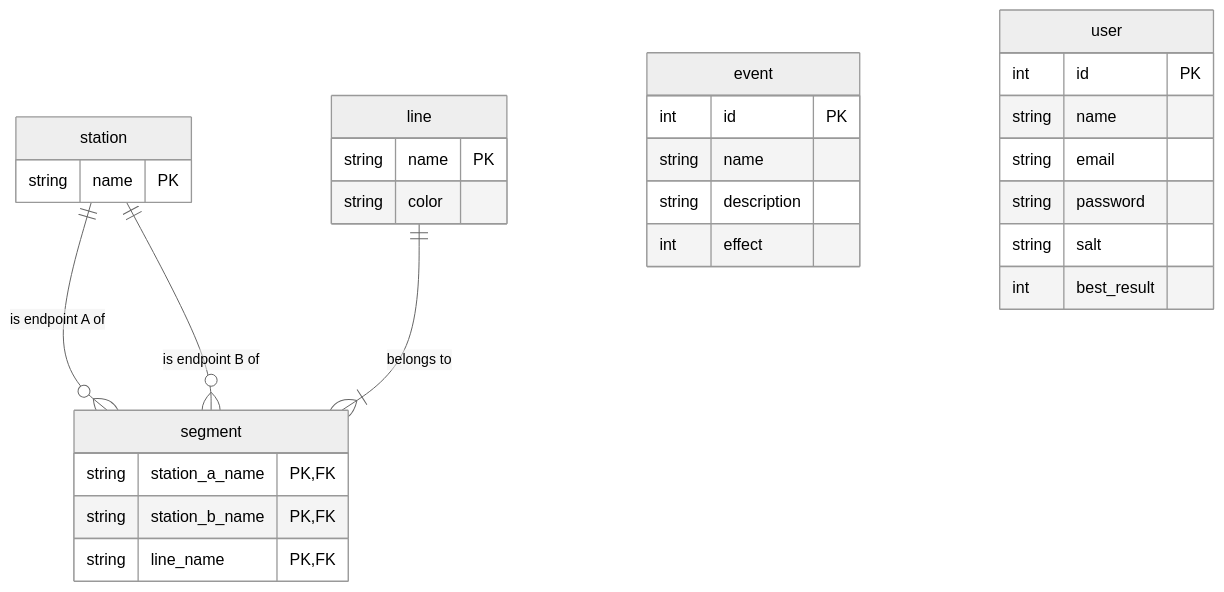
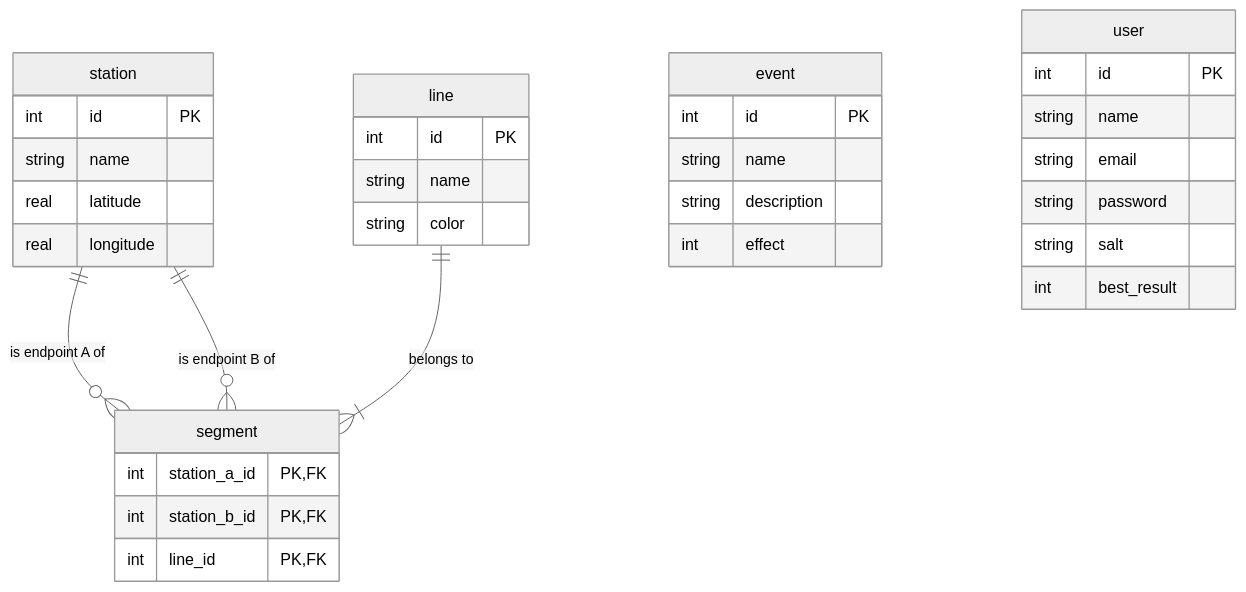
Before and after one commit to polito-WA1-2026-exam/exam-1-last-race-devgfe: the second of 2 diagrams in README.md, drawn with Mermaid (neutral theme). The commit also changed other lines of this file and 4 other files, not shown here.

First line of the commit message:
feat(server): update DB schema, add data, and update APIs

````diff
--- a/README.md
+++ b/README.md
@@ -62,33 +68,37 @@
 ```mermaid
 erDiagram
     station ||--o{ segment : "is endpoint A of"
     station ||--o{ segment : "is endpoint B of"
     line ||--|{ segment : "belongs to"
 
     event {
         int id PK
         string name
         string description
         int effect
     }
     user {
         int id PK
         string name
         string email
         string password
         string salt
         int best_result
     }
     station {
-        string name PK
+        int id PK
+        string name
+        real latitude
+        real longitude
     }
     line {
-        string name PK
+        int id PK
+        string name
         string color
     }
     segment {
-        string station_a_name PK, FK
-        string station_b_name PK, FK
-        string line_name PK, FK
+        int station_a_id PK, FK
+        int station_b_id PK, FK
+        int line_id PK, FK
     }
 ```
````
